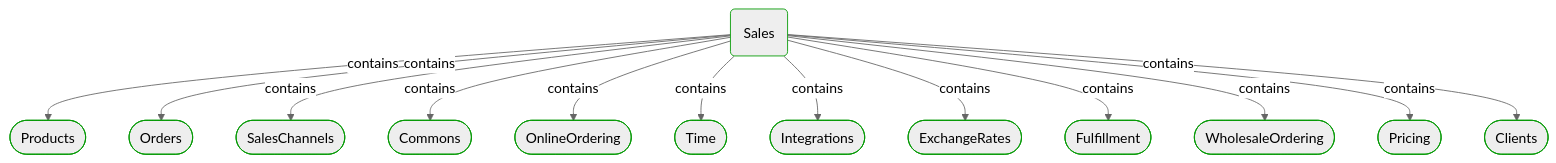
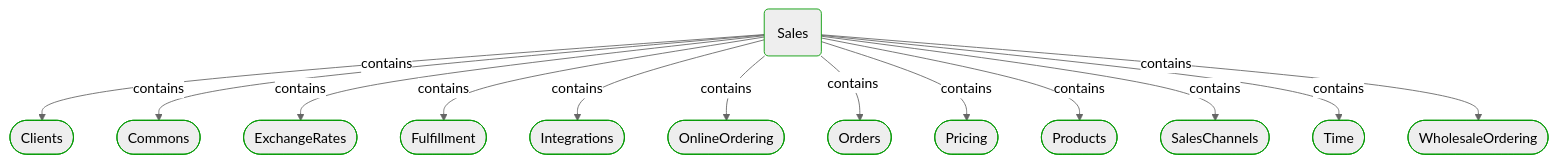
The first of 4 diagrams in Docs/P3/MermaidOutput/Modules/Sales/Sales.md (itlibrium/DDD-starter-dotnet), drawn with Mermaid (neutral theme) before and after one commit. The commit also changed other lines of this file and 78 other files, not shown here.

````diff
--- a/Docs/P3/MermaidOutput/Modules/Sales/Sales.md
+++ b/Docs/P3/MermaidOutput/Modules/Sales/Sales.md
@@ -20,44 +20,44 @@
 ```mermaid
   flowchart TB
     0(Sales)
     class 0 DomainPerspective
-    1([Products])
+    1([Clients])
     class 1 DomainPerspective
     0-->|contains|1
-    2([Orders])
+    2([Commons])
     class 2 DomainPerspective
     0-->|contains|2
-    3([SalesChannels])
+    3([ExchangeRates])
     class 3 DomainPerspective
     0-->|contains|3
-    4([Commons])
+    4([Fulfillment])
     class 4 DomainPerspective
     0-->|contains|4
-    5([OnlineOrdering])
+    5([Integrations])
     class 5 DomainPerspective
     0-->|contains|5
-    6([Time])
+    6([OnlineOrdering])
     class 6 DomainPerspective
     0-->|contains|6
-    7([Integrations])
+    7([Orders])
     class 7 DomainPerspective
     0-->|contains|7
-    8([ExchangeRates])
+    8([Pricing])
     class 8 DomainPerspective
     0-->|contains|8
-    9([Fulfillment])
+    9([Products])
     class 9 DomainPerspective
     0-->|contains|9
-    10([WholesaleOrdering])
+    10([SalesChannels])
     class 10 DomainPerspective
     0-->|contains|10
-    11([Pricing])
+    11([Time])
     class 11 DomainPerspective
     0-->|contains|11
-    12([Clients])
+    12([WholesaleOrdering])
     class 12 DomainPerspective
     0-->|contains|12
     classDef DomainPerspective stroke:#009900
     classDef TechnologyPerspective stroke:#1F41EB
     classDef PeoplePerspective stroke:#FFF014
 ```
````
